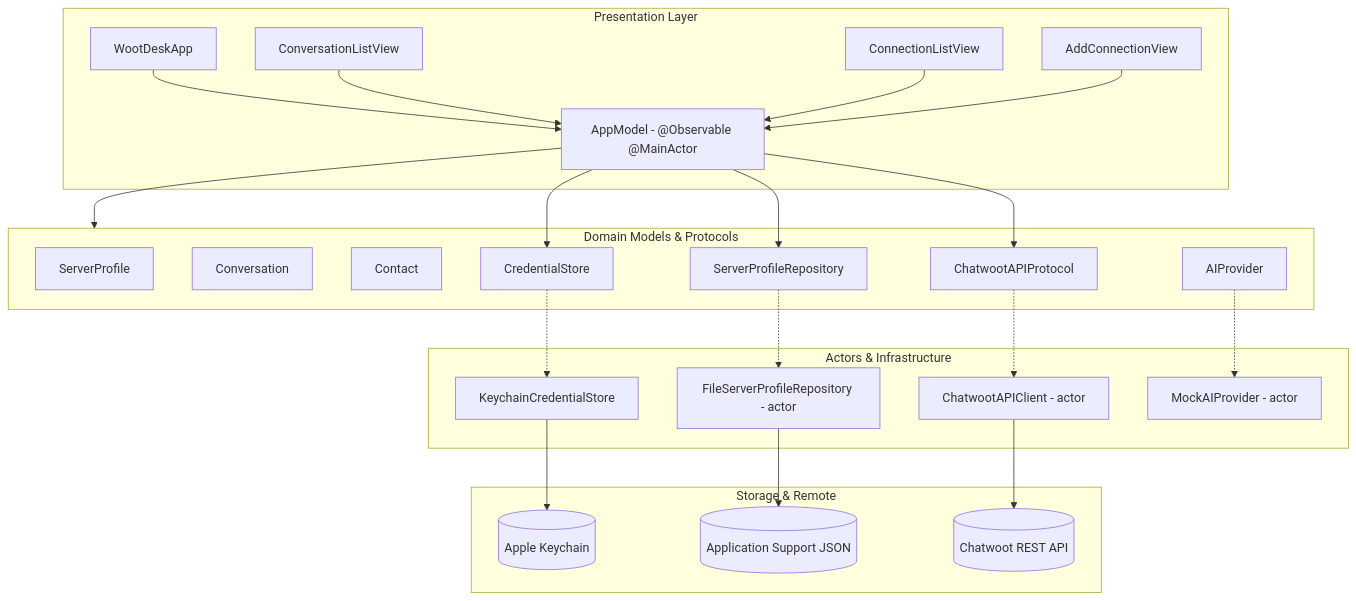
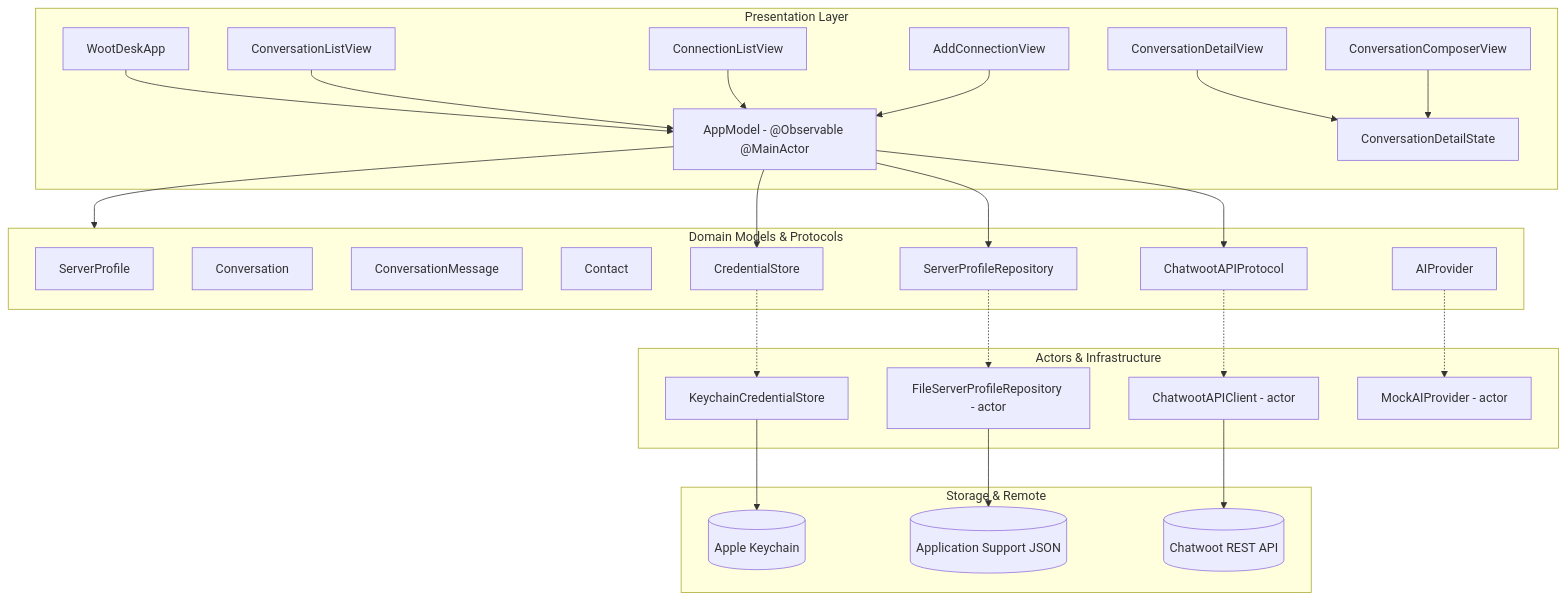
Before and after one commit to N85UK/wootdesk: the diagram in docs/ARCHITECTURE.md, drawn with Mermaid. The commit also changed other lines of this file and 63 other files, not shown here.

Commit message:
feat: add conversation detail and notification foundation

````diff
--- a/docs/ARCHITECTURE.md
+++ b/docs/ARCHITECTURE.md
@@ -7,52 +7,58 @@
 ```mermaid
 flowchart TD
     subgraph UI_Layer [Presentation Layer]
         App[WootDeskApp]
         AppModel[AppModel - @Observable @MainActor]
         ConvView[ConversationListView]
+        DetailView[ConversationDetailView]
+        DetailState[ConversationDetailState]
+        Composer[ConversationComposerView]
         ConnView[ConnectionListView]
         AddConn[AddConnectionView]
     end
 
     subgraph Domain_Layer [Domain Models & Protocols]
         ServerProfile[ServerProfile]
         Conversation[Conversation]
+        Message[ConversationMessage]
         Contact[Contact]
         ChatwootAPIProto[ChatwootAPIProtocol]
         RepoProto[ServerProfileRepository]
         CredProto[CredentialStore]
         AIProto[AIProvider]
     end
 
     subgraph Service_Layer [Actors & Infrastructure]
         APIClient[ChatwootAPIClient - actor]
         FileRepo[FileServerProfileRepository - actor]
         KeychainStore[KeychainCredentialStore]
         MockAI[MockAIProvider - actor]
     end
 
     subgraph Storage [Storage & Remote]
         Keychain[(Apple Keychain)]
         AppSupport[(Application Support JSON)]
         ChatwootServer[(Chatwoot REST API)]
     end
 
     App --> AppModel
     AppModel --> Domain_Layer
     ConvView --> AppModel
+    DetailView --> DetailState
+    Composer --> DetailState
     ConnView --> AppModel
     AddConn --> AppModel
 
     AppModel --> RepoProto
     AppModel --> CredProto
     AppModel --> ChatwootAPIProto
 
     ChatwootAPIProto -.-> APIClient
     RepoProto -.-> FileRepo
     CredProto -.-> KeychainStore
     AIProto -.-> MockAI
 
     APIClient --> ChatwootServer
     FileRepo --> AppSupport
     KeychainStore --> Keychain
 ```
````
